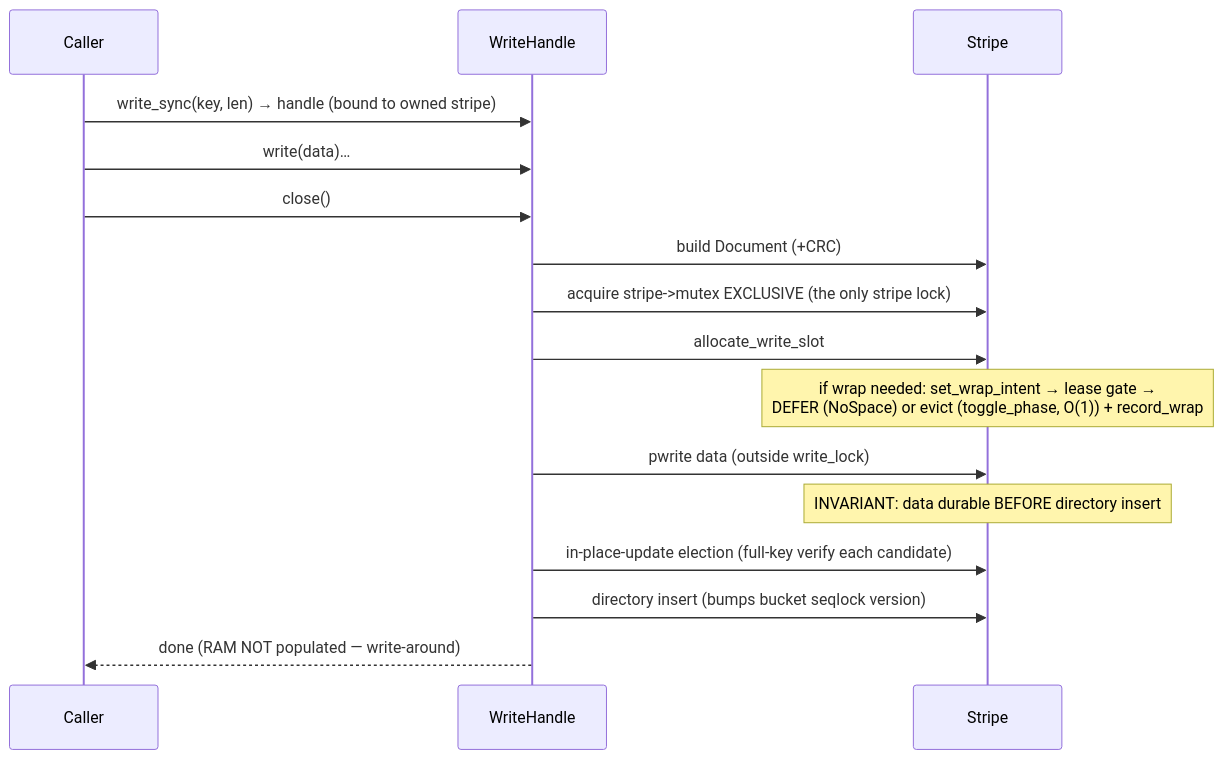
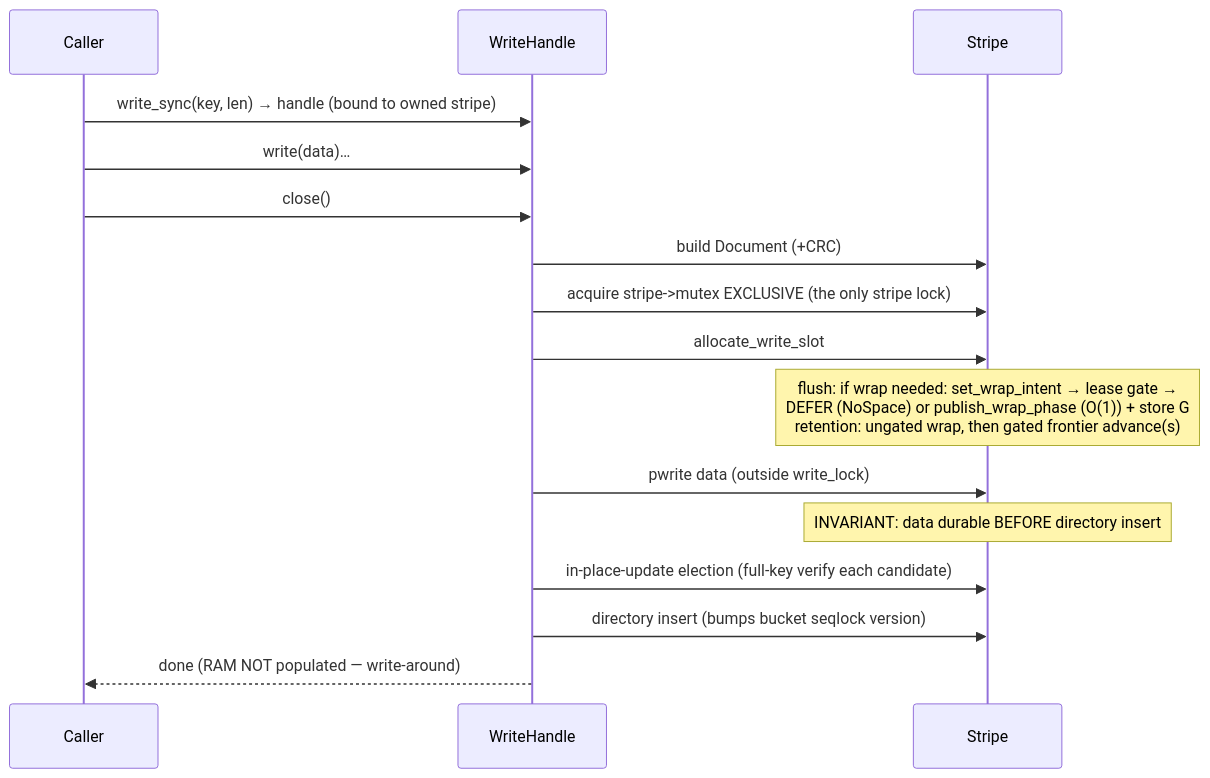
The sixth of 6 diagrams in doc/architecture.md (We-Amp/cyclone-cache), drawn with Mermaid before and after one commit. The commit also changed other lines of this file and 34 other files, not shown here.

First line of the commit message:
core: opt-in wrap retention, keep the previous lap readable until overwritten (#14)

````diff
--- a/doc/architecture.md
+++ b/doc/architecture.md
@@ -611,18 +681,18 @@
 ```mermaid
 sequenceDiagram
     participant Cl as Caller
     participant WH as WriteHandle
     participant St as Stripe
     Cl->>WH: write_sync(key, len) → handle (bound to owned stripe)
     Cl->>WH: write(data)…
     Cl->>WH: close()
     WH->>St: build Document (+CRC)
     WH->>St: acquire stripe->mutex EXCLUSIVE  (the only stripe lock)
     WH->>St: allocate_write_slot
-    Note over St: if wrap needed: set_wrap_intent → lease gate →<br/>DEFER (NoSpace) or evict (toggle_phase, O(1)) + record_wrap
+    Note over St: flush: if wrap needed: set_wrap_intent → lease gate →<br/>DEFER (NoSpace) or publish_wrap_phase (O(1)) + store G<br/>retention: ungated wrap, then gated frontier advance(s)
     WH->>St: pwrite data (outside write_lock)
     Note over St: INVARIANT: data durable BEFORE directory insert
     WH->>St: in-place-update election (full-key verify each candidate)
     WH->>St: directory insert (bumps bucket seqlock version)
     WH-->>Cl: done (RAM NOT populated — write-around)
 ```
````
